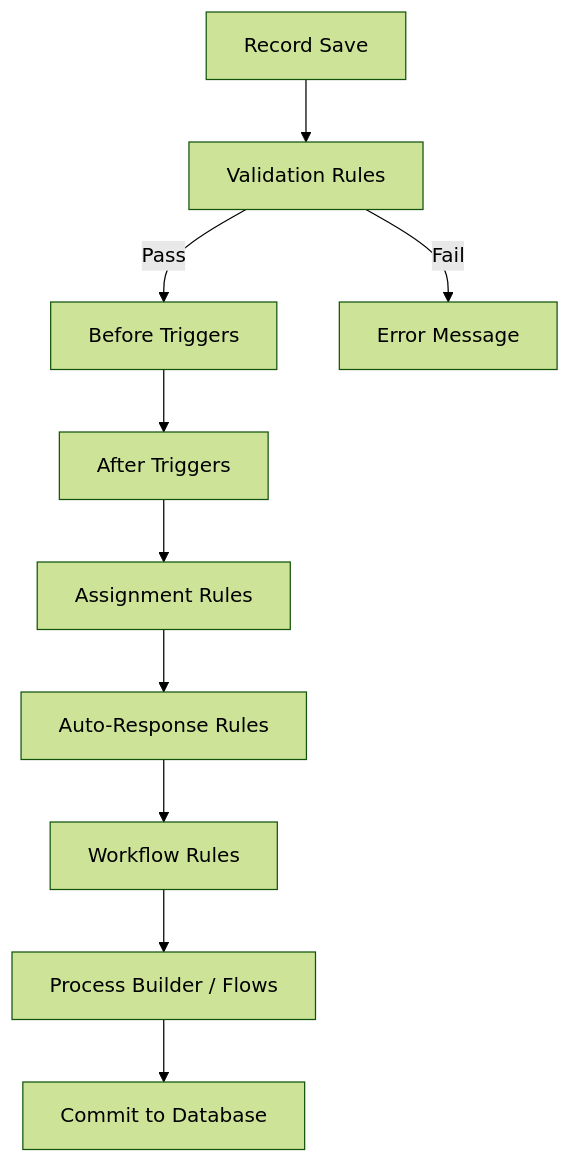
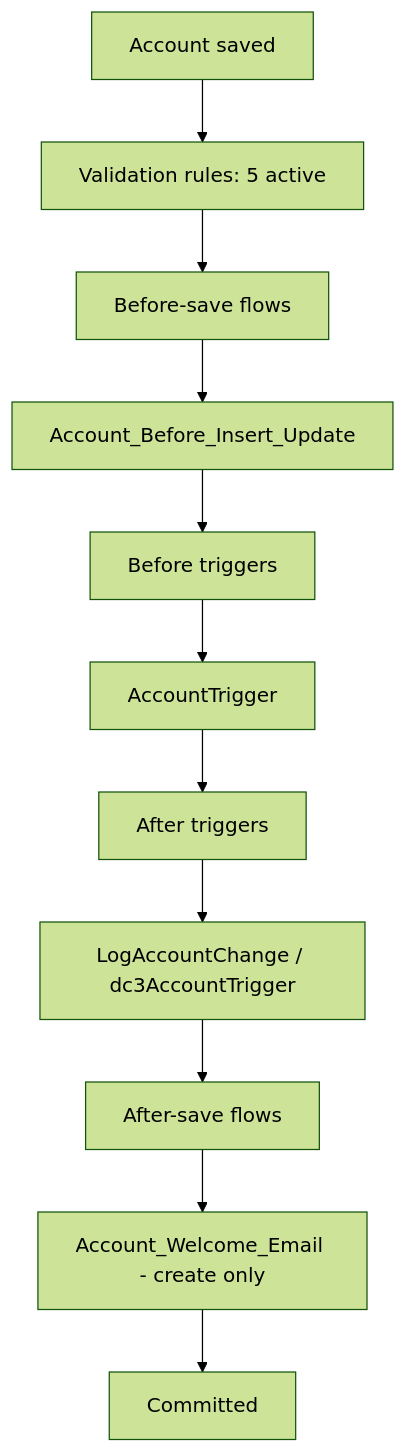
Before and after one commit to savon40/forceclaw-agent-knowledge: the seventh of 8 diagrams in skills/09-diagrams-and-documents.md, drawn with Mermaid (forest theme). The commit also changed other lines of this file, not shown here.

Commit message:
more diagram updates

````diff
--- a/skills/09-diagrams-and-documents.md
+++ b/skills/09-diagrams-and-documents.md
@@ -157,12 +159,13 @@
 ```mermaid
 flowchart TD
-    A[Record Save] --> B[Validation Rules]
-    B -->|Pass| C[Before Triggers]
-    C --> D[After Triggers]
-    D --> E[Assignment Rules]
-    E --> F[Auto-Response Rules]
-    F --> G[Workflow Rules]
-    G --> H[Process Builder / Flows]
-    H --> I[Commit to Database]
-    B -->|Fail| J[Error Message]
+    Save[Account saved] --> VR[Validation rules: 5 active]
+    VR --> BF[Before-save flows]
+    BF --> BF1[Account_Before_Insert_Update]
+    BF1 --> BT[Before triggers]
+    BT --> BT1[AccountTrigger]
+    BT1 --> AT[After triggers]
+    AT --> AT1[LogAccountChange / dc3AccountTrigger]
+    AT1 --> AF[After-save flows]
+    AF --> AF1[Account_Welcome_Email - create only]
+    AF1 --> Done[Committed]
 ```
````
